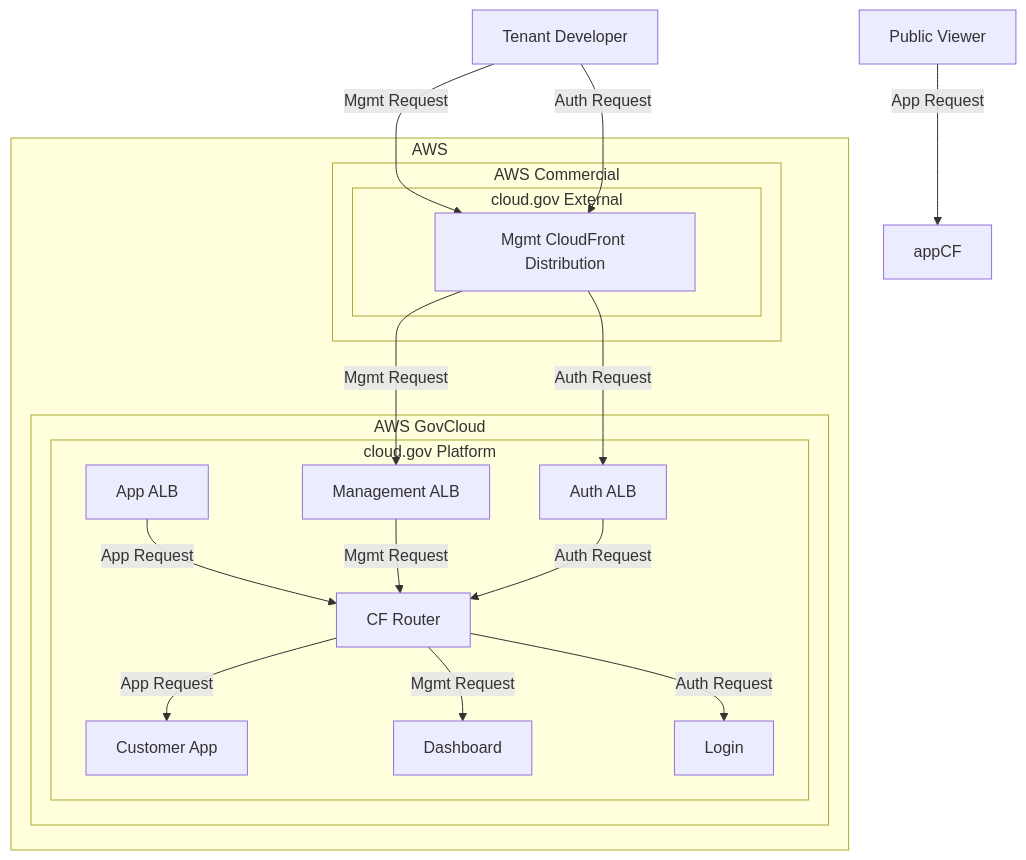
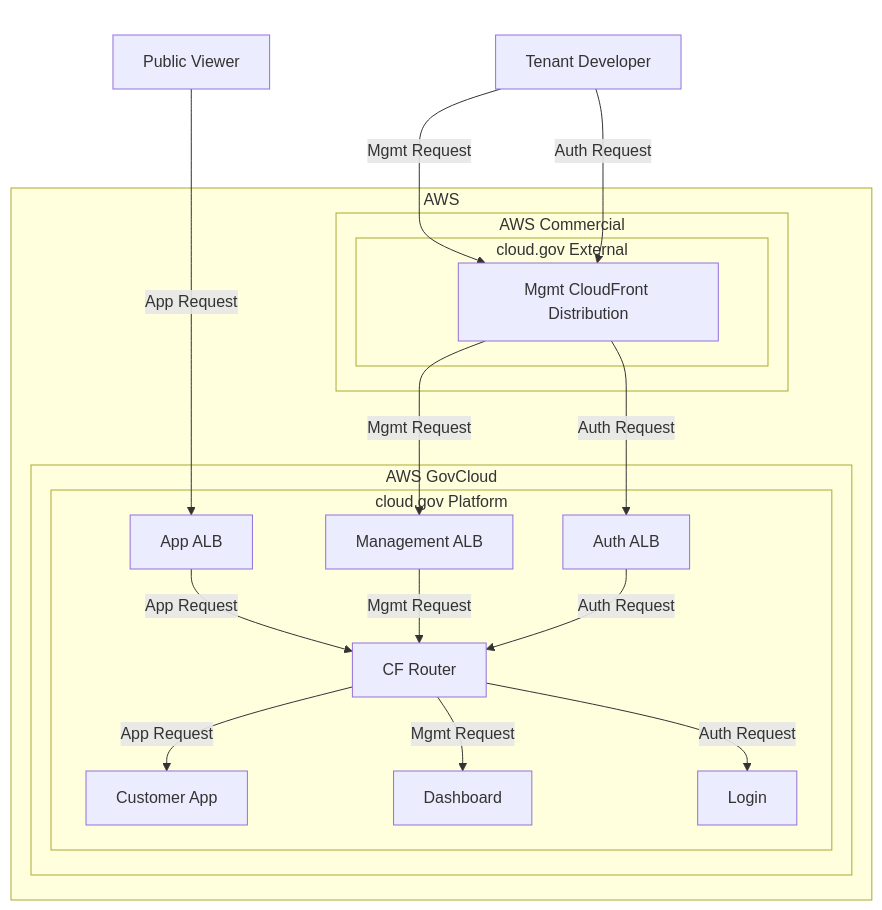
Before and after one commit to cloud-gov/product: the second of 5 diagrams in adr/ADR-0009-shield-advanced.md, drawn with Mermaid.

Commit message:
Fix ADR 0009 diagram (#2357)
* Missed updating an edge during last update
* Visually group requests with blank subgraph

````diff
--- a/adr/ADR-0009-shield-advanced.md
+++ b/adr/ADR-0009-shield-advanced.md
@@ -60,29 +60,32 @@
 ```mermaid
 graph TD
-    public[Public Viewer] -->|App Request| appCF
-    tenant[Tenant Developer] -->|Mgmt Request| mgmtCF
-    tenant[Tenant Developer] -->|Auth Request| mgmtCF
+    subgraph b["blank"]
+        style b fill:none,stroke:none,color:#fff
+        public[Public Viewer]
+        tenant[Tenant Developer]
+    end
 
     subgraph aws["AWS"]
         subgraph commercial["AWS Commercial"]
             subgraph external["cloud.gov External"]
-                mgmtCF[Mgmt CloudFront Distribution]
-                mgmtCF[Mgmt CloudFront Distribution]
+                tenant[Tenant Developer] -->|Mgmt Request| mgmtCF[Mgmt CloudFront Distribution]
+                tenant[Tenant Developer] -->|Auth Request| mgmtCF[Mgmt CloudFront Distribution]
             end
         end
         subgraph govcloud["AWS GovCloud"]
             subgraph platform["cloud.gov Platform"]
+                public[Public Viewer] -->|App Request| appALB
                 mgmtCF -->|Mgmt Request| mgmtALB
                 mgmtCF -->|Auth Request| authALB
 
                 appALB[App ALB] -->|App Request| router[CF Router]
                 mgmtALB[Management ALB] -->|Mgmt Request| router
                 authALB[Auth ALB] -->|Auth Request| router
 
                 router -->|App Request| app[Customer App]
                 router -->|Mgmt Request| dashboard[Dashboard]
                 router -->|Auth Request| login[Login]
             end
         end
     end
 ```
````
